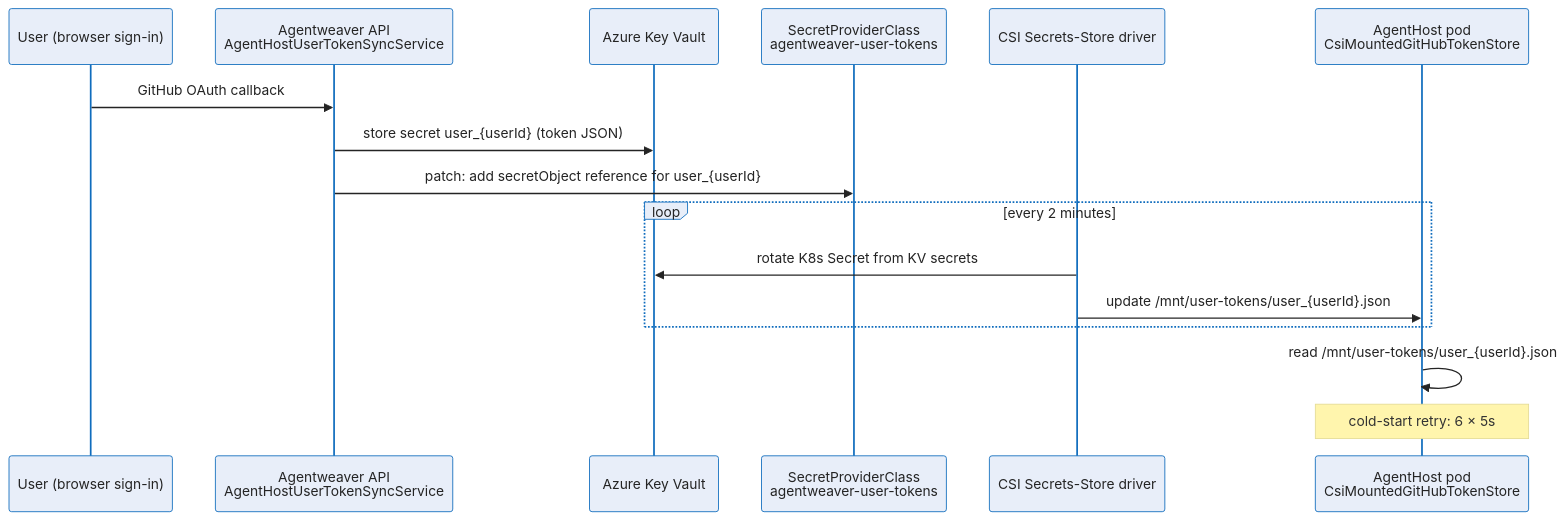
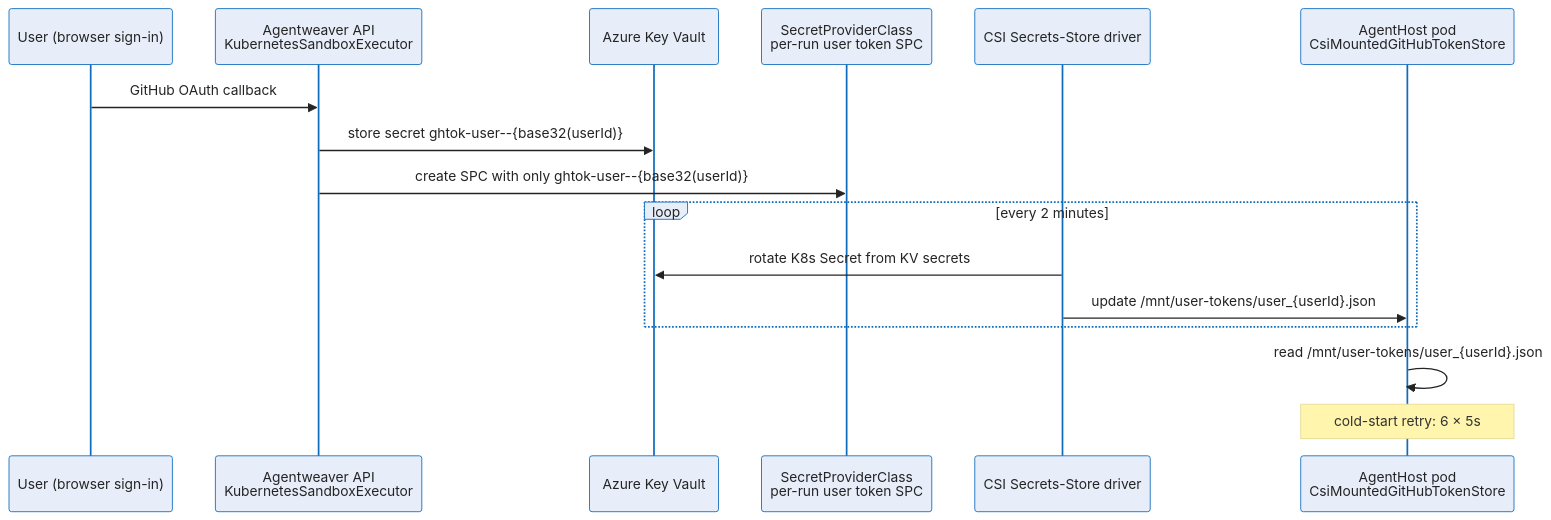
The diagram in docs/deep-dive/agent-token-delivery.md (sabbour/agentweaver), drawn with Mermaid before and after one commit. The commit also changed other lines of this file and 39 other files, not shown here.

First line of the commit message:
security: per-user GitHub token isolation and AgentHost SPC hardening

````diff
--- a/docs/deep-dive/agent-token-delivery.md
+++ b/docs/deep-dive/agent-token-delivery.md
@@ -47,22 +19,22 @@
 ```mermaid
 %%{init: {'theme':'base','themeVariables':{'fontFamily':'Segoe UI, system-ui, -apple-system, sans-serif','fontSize':'15px','primaryColor':'#E8EEF9','primaryBorderColor':'#0F6CBD','primaryTextColor':'#242424','lineColor':'#605E5C','clusterBkg':'#FAF9F8','clusterBorder':'#D2D0CE','edgeLabelBackground':'#FFFFFF'}}}%%
 sequenceDiagram
     participant User as User (browser sign-in)
-    participant API as Agentweaver API<br/>AgentHostUserTokenSyncService
+    participant API as Agentweaver API<br/>KubernetesSandboxExecutor
     participant KV as Azure Key Vault
-    participant SPC as SecretProviderClass<br/>agentweaver-user-tokens
+    participant SPC as SecretProviderClass<br/>per-run user token SPC
     participant CSI as CSI Secrets-Store driver
     participant Pod as AgentHost pod<br/>CsiMountedGitHubTokenStore
 
     User->>API: GitHub OAuth callback
-    API->>KV: store secret user_{userId} (token JSON)
-    API->>SPC: patch: add secretObject reference for user_{userId}
+    API->>KV: store secret ghtok-user--{base32(userId)}
+    API->>SPC: create SPC with only ghtok-user--{base32(userId)}
 
     loop every 2 minutes
         CSI->>KV: rotate K8s Secret from KV secrets
         CSI->>Pod: update /mnt/user-tokens/user_{userId}.json
     end
 
     Pod->>Pod: read /mnt/user-tokens/user_{userId}.json
     note over Pod: cold-start retry: 6 × 5s
 ```
````
